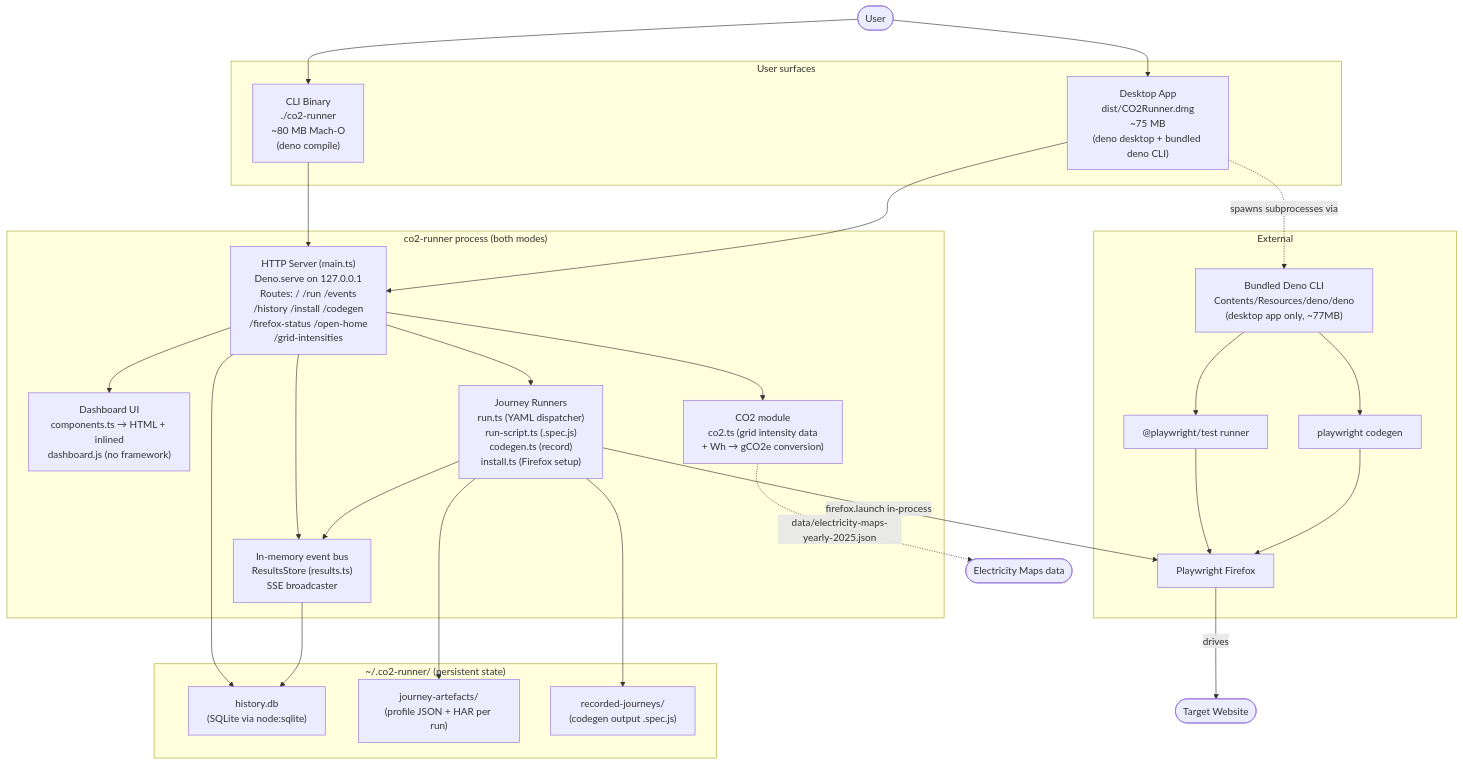
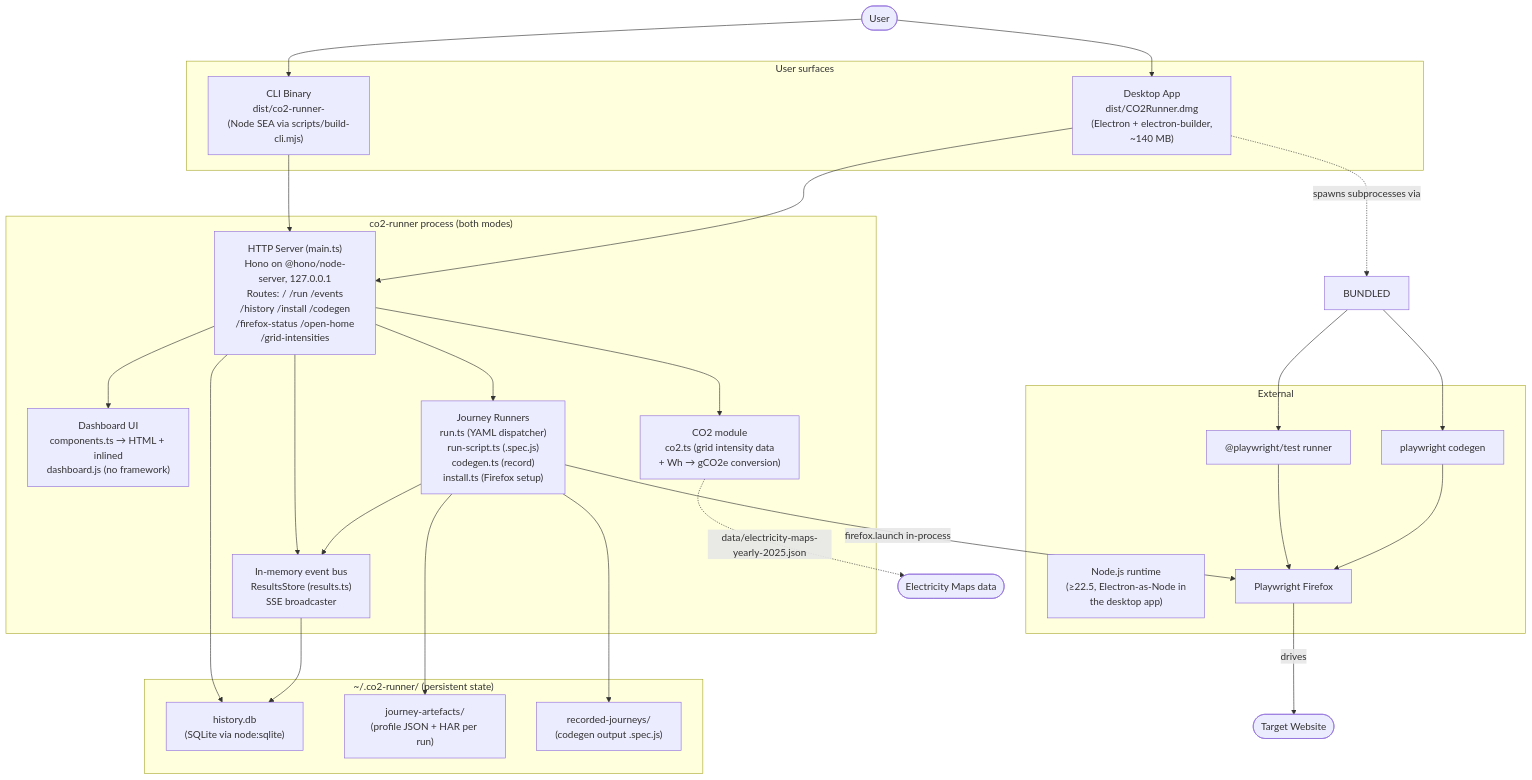
Before and after one commit to mrchrisadams/co2-runner: the second of 13 diagrams in docs/architecture.md, drawn with Mermaid. The commit also changed other lines of this file and 3 other files, not shown here.

````diff
--- a/docs/architecture.md
+++ b/docs/architecture.md
@@ -53,51 +66,51 @@
 ```mermaid
 graph TB
     subgraph "User surfaces"
-        CLI["CLI Binary<br/>./co2-runner<br/>~80 MB Mach-O<br/>(deno compile)"]
-        DESKTOP["Desktop App<br/>dist/CO2Runner.dmg<br/>~75 MB<br/>(deno desktop + bundled deno CLI)"]
+        CLI["CLI Binary<br/>dist/co2-runner-<triple><br/>(Node SEA via scripts/build-cli.mjs)"]
+        DESKTOP["Desktop App<br/>dist/CO2Runner.dmg<br/>(Electron + electron-builder,<br/>~140 MB)"]
     end
 
     subgraph "co2-runner process (both modes)"
-        SERVER["HTTP Server (main.ts)<br/>Deno.serve on 127.0.0.1<br/>Routes: / /run /events<br/>/history /install /codegen<br/>/firefox-status /open-home<br/>/grid-intensities"]
+        SERVER["HTTP Server (main.ts)<br/>Hono on @hono/node-server, 127.0.0.1<br/>Routes: / /run /events<br/>/history /install /codegen<br/>/firefox-status /open-home<br/>/grid-intensities"]
         DASH["Dashboard UI<br/>components.ts → HTML + inlined<br/>dashboard.js (no framework)"]
         RUNNERS["Journey Runners<br/>run.ts (YAML dispatcher)<br/>run-script.ts (.spec.js)<br/>codegen.ts (record)<br/>install.ts (Firefox setup)"]
         CO2MOD["CO2 module<br/>co2.ts (grid intensity data<br/>+ Wh → gCO2e conversion)"]
         STORE["In-memory event bus<br/>ResultsStore (results.ts)<br/>SSE broadcaster"]
     end
 
     subgraph "~/.co2-runner/ (persistent state)"
         DB["history.db<br/>(SQLite via node:sqlite)"]
         ART["journey-artefacts/<br/>(profile JSON + HAR per run)"]
         REC["recorded-journeys/<br/>(codegen output .spec.js)"]
     end
 
     subgraph "External"
-        BUNDLED["Bundled Deno CLI<br/>Contents/Resources/deno/deno<br/>(desktop app only, ~77MB)"]
+        NODE_RT["Node.js runtime<br/>(≥22.5, Electron-as-Node in<br/>the desktop app)"]
         PW_FF["Playwright Firefox"]
         PW_TEST["@playwright/test runner"]
         PW_CODEGEN["playwright codegen"]
     end
 
     USER(["User"]) --> CLI
     USER --> DESKTOP
     CLI --> SERVER
     DESKTOP --> SERVER
     SERVER --> DASH
     SERVER --> RUNNERS
     SERVER --> STORE
     SERVER --> CO2MOD
     SERVER --> DB
     RUNNERS --> ART
     RUNNERS --> REC
     RUNNERS --> STORE
     STORE --> DB
 
     DESKTOP -.->|spawns subprocesses via| BUNDLED
     BUNDLED --> PW_TEST
     BUNDLED --> PW_CODEGEN
     RUNNERS -->|firefox.launch in-process| PW_FF
     PW_TEST --> PW_FF
     PW_CODEGEN --> PW_FF
     PW_FF -->|drives| SITE(["Target Website"])
     CO2MOD -.->|data/electricity-maps-yearly-2025.json| EM(["Electricity Maps data"])
 ```
````
